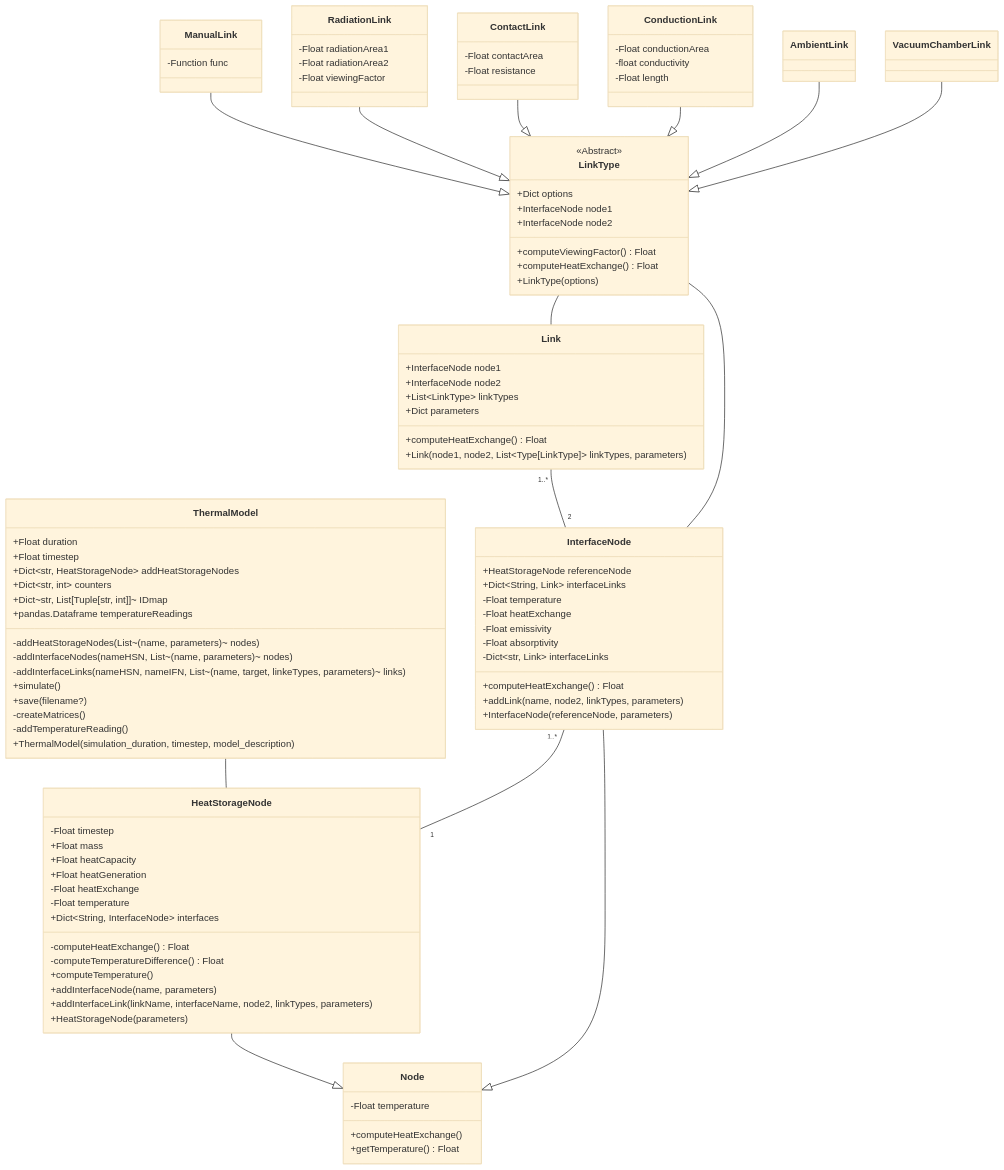
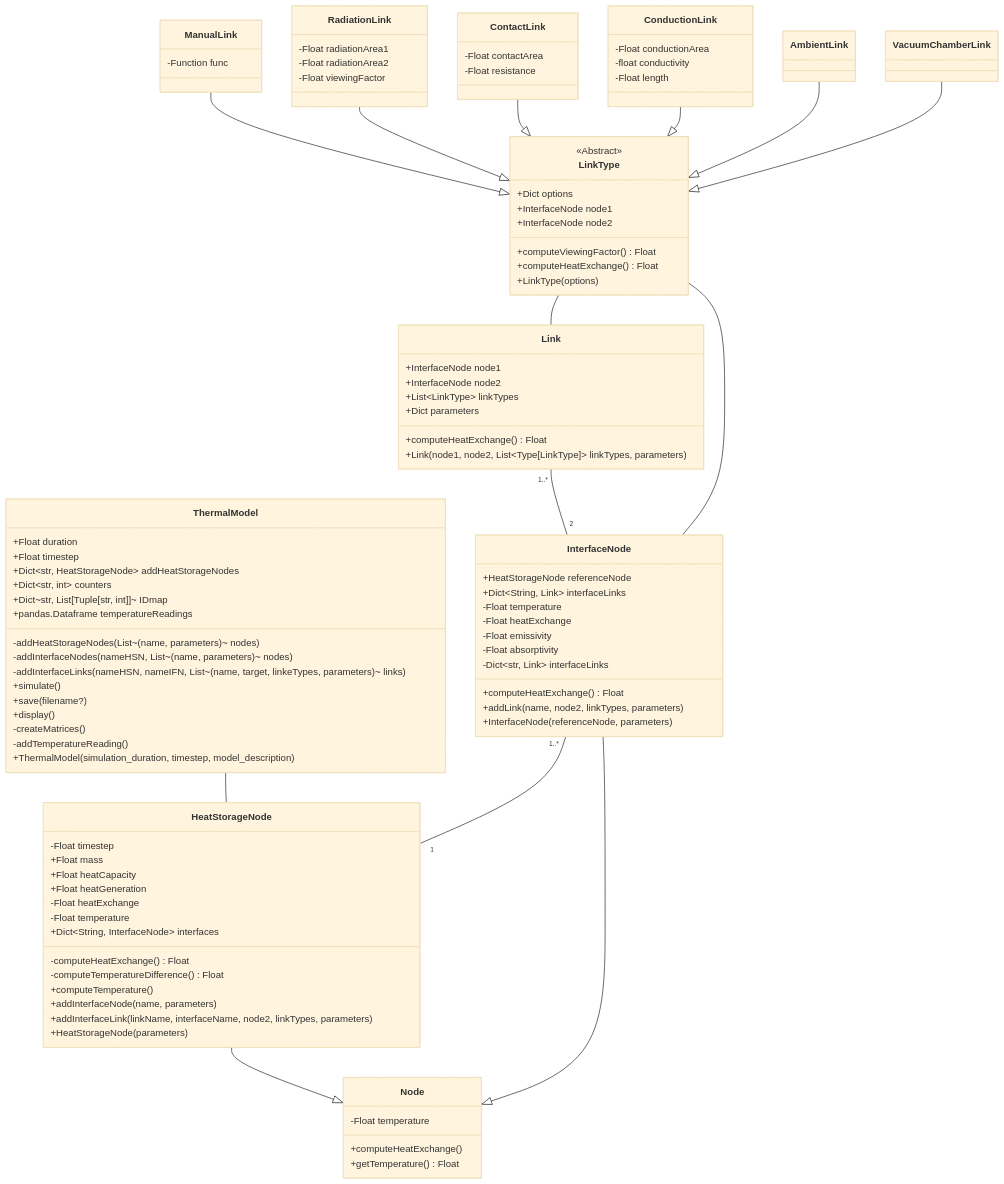
One commit to niveK77pur/ISM-Thermal-Model changed the diagram in class-diagram/class-diagram.mmd. Above: the diagram before and after it, drawn with Mermaid (base theme). The commit also changed 2 other files, not shown here.

```diff
--- a/class-diagram/class-diagram.mmd
+++ b/class-diagram/class-diagram.mmd
@@ -1,113 +1,114 @@
 classDiagram
 
 class ThermalModel {
     +Float duration
     +Float timestep
     +Dict~str, HeatStorageNode~ addHeatStorageNodes
     +Dict~str, int~ counters
     +Dict~str, List[Tuple[str, int]]~ IDmap
     +pandas.Dataframe temperatureReadings
     -addHeatStorageNodes(List~(name, parameters)~ nodes)
     -addInterfaceNodes(nameHSN, List~(name, parameters)~ nodes)
     -addInterfaceLinks(nameHSN, nameIFN, List~(name, target, linkeTypes, parameters)~ links)
     +simulate()
     +save(filename?)
+    +display()
     -createMatrices()
     -addTemperatureReading()
     +ThermalModel(simulation_duration, timestep, model_description)
 }
 
 class Node {
     -Float temperature
     +computeHeatExchange()
     +getTemperature() Float
 }
 
 class HeatStorageNode {
     -Float timestep
     +Float mass
     +Float heatCapacity
     +Float heatGeneration
     -Float heatExchange
     -Float temperature
     +Dict~String, InterfaceNode~ interfaces
     -computeHeatExchange() Float
     -computeTemperatureDifference() Float
     +computeTemperature()
     +addInterfaceNode(name, parameters)
     +addInterfaceLink(linkName, interfaceName, node2, linkTypes, parameters)
     +HeatStorageNode(parameters)
 }
 
 class InterfaceNode {
     +HeatStorageNode referenceNode
     +Dict~String, Link~ interfaceLinks
     -Float temperature
     -Float heatExchange
     -Float emissivity
     -Float absorptivity
     -Dict~str, Link~ interfaceLinks
     +computeHeatExchange() Float
     +addLink(name, node2, linkTypes, parameters)
     +InterfaceNode(referenceNode, parameters)
 }
 
 class Link {
     +InterfaceNode node1
     +InterfaceNode node2
     +List~LinkType~ linkTypes
     +Dict parameters
     +computeHeatExchange() Float
     +Link(node1, node2, List~Type[LinkType]~ linkTypes, parameters)
 }
 
 
 class LinkType {
     <<Abstract>>
     +Dict options
     +InterfaceNode node1
     +InterfaceNode node2
     +computeViewingFactor() Float
     +computeHeatExchange() Float
     +LinkType(options)
 }
 
 class ManualLink {
     -Function func
 }
 
 class RadiationLink {
     -Float radiationArea1
     -Float radiationArea2
     -Float viewingFactor
 }
 
 class ContactLink {
     -Float contactArea
     -Float resistance
 }
 
 class ConductionLink {
     -Float conductionArea
     -float conductivity
     -Float length
 }
 
 ThermalModel -- HeatStorageNode
 
 HeatStorageNode --|> Node
 InterfaceNode --|> Node
 
 ManualLink --|> LinkType
 RadiationLink --|> LinkType
 ContactLink --|> LinkType
 ConductionLink --|> LinkType
 AmbientLink --|> LinkType
 VacuumChamberLink --|> LinkType
 
 Link "1..*" -- "2" InterfaceNode
 
 InterfaceNode "1..*" -- "1" HeatStorageNode
 
 LinkType -- Link
 LinkType -- InterfaceNode
```
